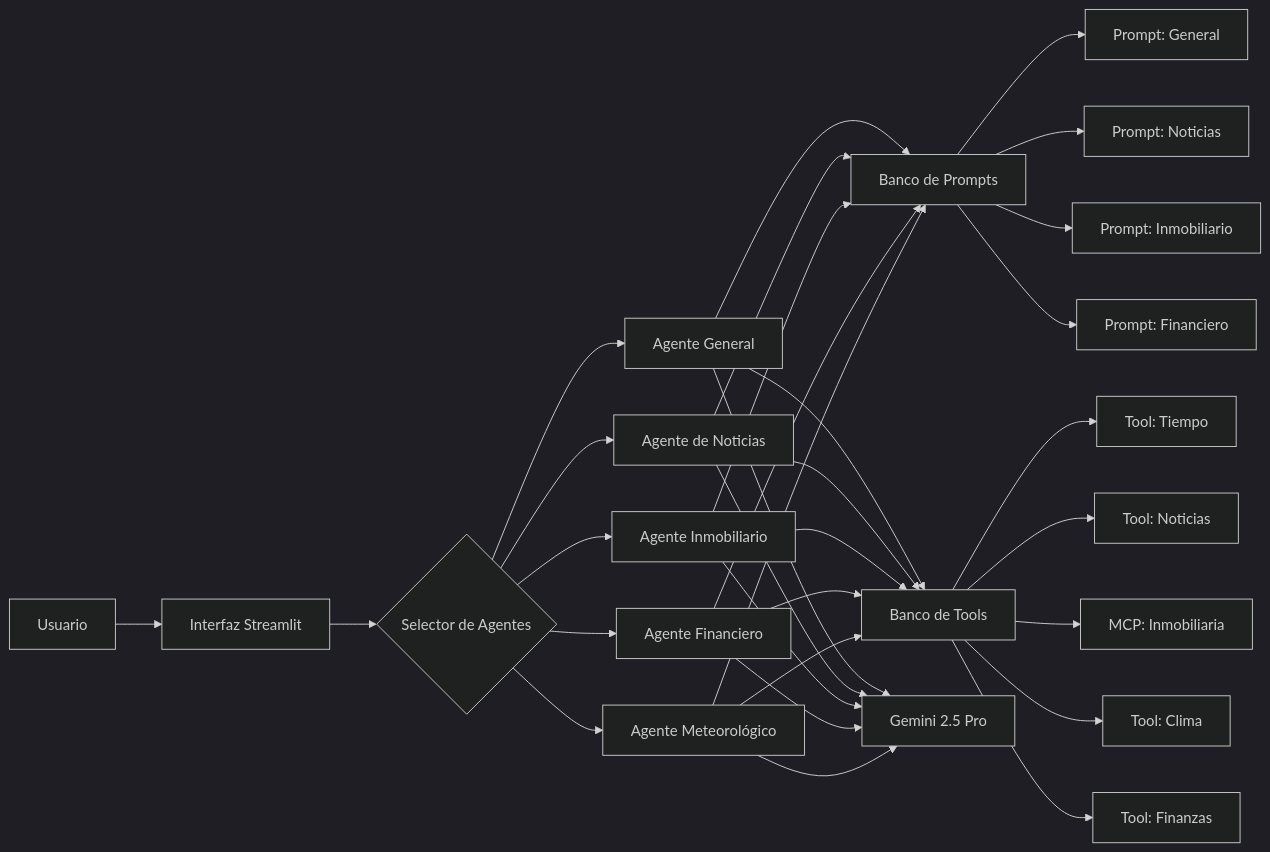
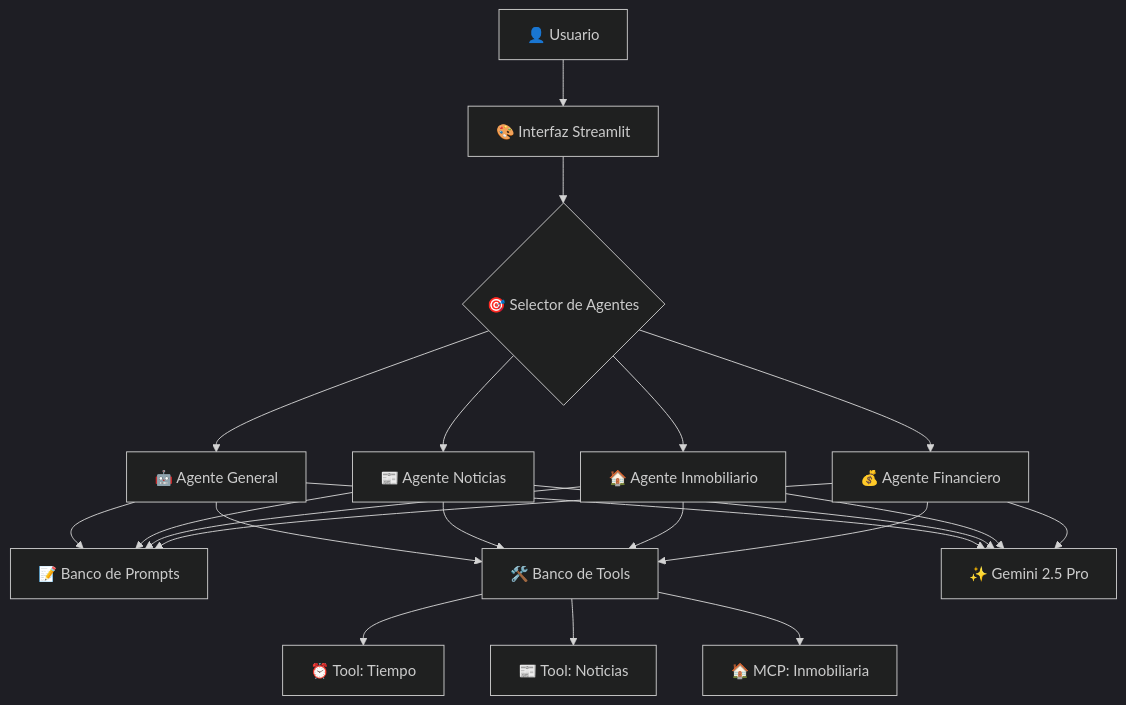
Before and after one commit to K31NER/Multi-AI-Agent: the diagram in README.md, drawn with Mermaid (dark theme). The commit also changed other lines of this file, not shown here.

````diff
--- a/README.md
+++ b/README.md
@@ -27,40 +28,29 @@
 ```mermaid
-graph LR
-    A[Usuario] --> B[Interfaz Streamlit]
-    B --> C{Selector de Agentes}
+graph TD
+    A[👤 Usuario] --> B[🎨 Interfaz Streamlit]
+    B --> C{🎯 Selector de Agentes}
     
-    C --> D[Agente General]
-    C --> E[Agente de Noticias]
-    C --> F[Agente Inmobiliario]
-    C --> G[Agente Financiero]
-    C --> H[Agente Meteorológico]
+    C --> D[🤖 Agente General]
+    C --> E[📰 Agente Noticias]
+    C --> F[🏠 Agente Inmobiliario]
+    C --> G[💰 Agente Financiero]
     
-    D --> I[Banco de Prompts]
+    D --> H[📝 Banco de Prompts]
+    E --> H
+    F --> H
+    G --> H
+    
+    D --> I[🛠️ Banco de Tools]
     E --> I
     F --> I
     G --> I
-    H --> I
     
-    D --> J[Banco de Tools]
-    E --> J
-    F --> J
-    G --> J
-    H --> J
+    I --> J[⏰ Tool: Tiempo]
+    I --> K[📰 Tool: Noticias]
+    I --> L[🏠 MCP: Inmobiliaria]
     
-    J --> K[Tool: Tiempo]
-    J --> L[Tool: Noticias]
-    J --> M[MCP: Inmobiliaria]
-    J --> N[Tool: Clima]
-    J --> O[Tool: Finanzas]
-    
-    I --> P[Prompt: General]
-    I --> Q[Prompt: Noticias]
-    I --> R[Prompt: Inmobiliario]
-    I --> S[Prompt: Financiero]
-    
-    D --> T[Gemini 2.5 Pro]
-    E --> T
-    F --> T
-    G --> T
-    H --> T
+    D --> M[✨ Gemini 2.5 Pro]
+    E --> M
+    F --> M
+    G --> M
 ```
````
